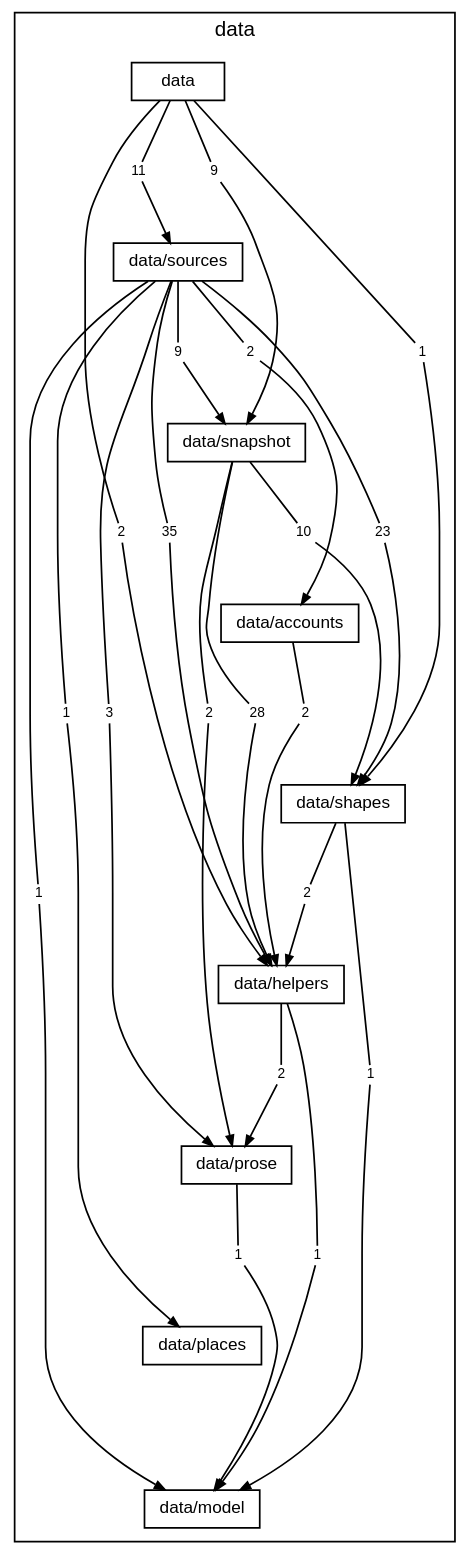
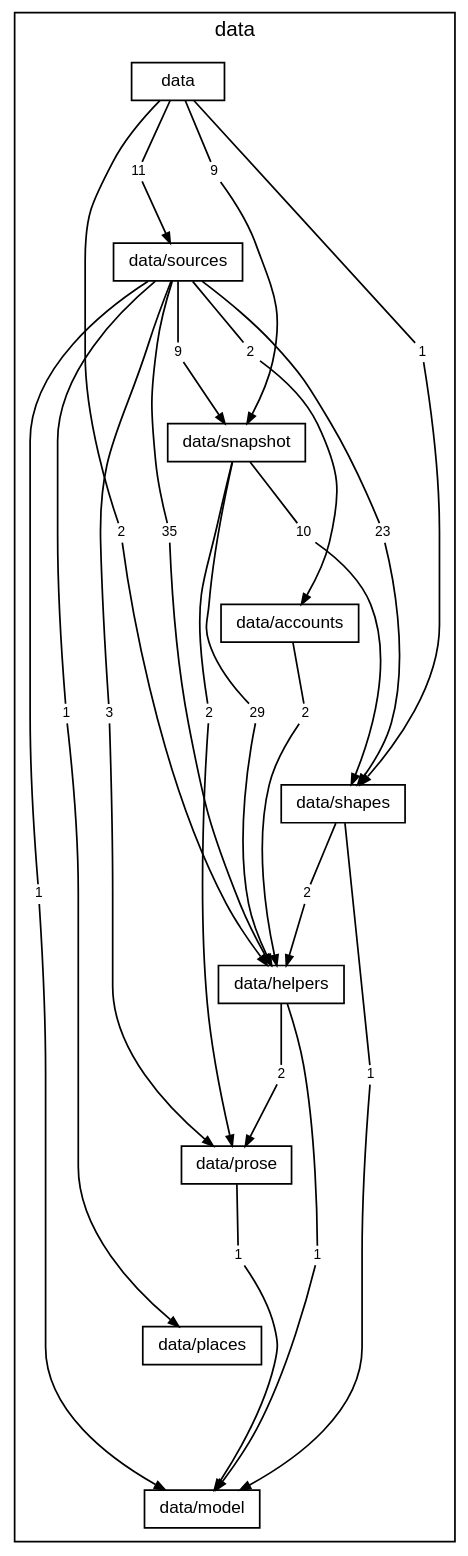
Before and after one commit to TheAxeC/oculus: the diagram in docs/diagrams/layer-data.dot, drawn with Graphviz. The commit also changed 144 other files, not shown here.

```diff
--- a/docs/diagrams/layer-data.dot
+++ b/docs/diagrams/layer-data.dot
@@ -1,85 +1,85 @@
 digraph layer_data {
     graph [bgcolor="transparent", rankdir=TB, newrank=true, mclimit=4, fontname="Helvetica,Arial,sans-serif", fontsize=12, nodesep=0.2, ranksep=0.5];
     node [shape=box, color="black", fontcolor="black", fontname="Helvetica,Arial,sans-serif", fontsize=10, height=0.3, margin="0.12,0.04"];
     edge [color="black", fontcolor="black", fontname="Helvetica,Arial,sans-serif", fontsize=8, arrowsize=0.6];
     subgraph "cluster_data" {
         label="data"; style=solid;
         "folder data" [label="data"];
         "folder data/sources" [label="data/sources"];
         "folder data/snapshot" [label="data/snapshot"];
         "folder data/accounts" [label="data/accounts"];
         "folder data/shapes" [label="data/shapes"];
         "folder data/helpers" [label="data/helpers"];
         "folder data/prose" [label="data/prose"];
         "folder data/places" [label="data/places"];
         "folder data/model" [label="data/model"];
         "folder data to folder data/helpers" [label="2", shape=box, color="transparent", fontsize=8, width=0, height=0, margin="0.04,0.02"];
         "folder data to folder data/shapes" [label="1", shape=box, color="transparent", fontsize=8, width=0, height=0, margin="0.04,0.02"];
         "folder data to folder data/snapshot" [label="9", shape=box, color="transparent", fontsize=8, width=0, height=0, margin="0.04,0.02"];
         "folder data to folder data/sources" [label="11", shape=box, color="transparent", fontsize=8, width=0, height=0, margin="0.04,0.02"];
         "folder data/sources to folder data/accounts" [label="2", shape=box, color="transparent", fontsize=8, width=0, height=0, margin="0.04,0.02"];
         "folder data/sources to folder data/helpers" [label="35", shape=box, color="transparent", fontsize=8, width=0, height=0, margin="0.04,0.02"];
         "folder data/sources to folder data/model" [label="1", shape=box, color="transparent", fontsize=8, width=0, height=0, margin="0.04,0.02"];
         "folder data/sources to folder data/places" [label="1", shape=box, color="transparent", fontsize=8, width=0, height=0, margin="0.04,0.02"];
         "folder data/sources to folder data/prose" [label="3", shape=box, color="transparent", fontsize=8, width=0, height=0, margin="0.04,0.02"];
         "folder data/sources to folder data/shapes" [label="23", shape=box, color="transparent", fontsize=8, width=0, height=0, margin="0.04,0.02"];
         "folder data/sources to folder data/snapshot" [label="9", shape=box, color="transparent", fontsize=8, width=0, height=0, margin="0.04,0.02"];
-        "folder data/snapshot to folder data/helpers" [label="28", shape=box, color="transparent", fontsize=8, width=0, height=0, margin="0.04,0.02"];
+        "folder data/snapshot to folder data/helpers" [label="29", shape=box, color="transparent", fontsize=8, width=0, height=0, margin="0.04,0.02"];
         "folder data/snapshot to folder data/prose" [label="2", shape=box, color="transparent", fontsize=8, width=0, height=0, margin="0.04,0.02"];
         "folder data/snapshot to folder data/shapes" [label="10", shape=box, color="transparent", fontsize=8, width=0, height=0, margin="0.04,0.02"];
         "folder data/accounts to folder data/helpers" [label="2", shape=box, color="transparent", fontsize=8, width=0, height=0, margin="0.04,0.02"];
         "folder data/shapes to folder data/helpers" [label="2", shape=box, color="transparent", fontsize=8, width=0, height=0, margin="0.04,0.02"];
         "folder data/shapes to folder data/model" [label="1", shape=box, color="transparent", fontsize=8, width=0, height=0, margin="0.04,0.02"];
         "folder data/helpers to folder data/model" [label="1", shape=box, color="transparent", fontsize=8, width=0, height=0, margin="0.04,0.02"];
         "folder data/helpers to folder data/prose" [label="2", shape=box, color="transparent", fontsize=8, width=0, height=0, margin="0.04,0.02"];
         "folder data/prose to folder data/model" [label="1", shape=box, color="transparent", fontsize=8, width=0, height=0, margin="0.04,0.02"];
     }
     "folder data" -> "folder data/sources" [style=invis, weight=10, minlen=2];
     "folder data/sources" -> "folder data/snapshot" [style=invis, weight=10, minlen=2];
     "folder data/snapshot" -> "folder data/accounts" [style=invis, weight=10, minlen=2];
     "folder data/accounts" -> "folder data/shapes" [style=invis, weight=10, minlen=2];
     "folder data/shapes" -> "folder data/helpers" [style=invis, weight=10, minlen=2];
     "folder data/helpers" -> "folder data/prose" [style=invis, weight=10, minlen=2];
     "folder data/prose" -> "folder data/places" [style=invis, weight=10, minlen=2];
     "folder data/places" -> "folder data/model" [style=invis, weight=10, minlen=2];
     "folder data" -> "folder data to folder data/helpers" [arrowhead=none, minlen=5, weight=10];
     "folder data to folder data/helpers" -> "folder data/helpers" [];
     "folder data" -> "folder data to folder data/shapes" [arrowhead=none, minlen=3, weight=10];
     "folder data to folder data/shapes" -> "folder data/shapes" [];
     "folder data" -> "folder data to folder data/snapshot" [arrowhead=none, minlen=1, weight=10];
     "folder data to folder data/snapshot" -> "folder data/snapshot" [];
     "folder data" -> "folder data to folder data/sources" [arrowhead=none, minlen=1, weight=10];
     "folder data to folder data/sources" -> "folder data/sources" [];
     "folder data/sources" -> "folder data/sources to folder data/accounts" [arrowhead=none, minlen=1, weight=10];
     "folder data/sources to folder data/accounts" -> "folder data/accounts" [];
     "folder data/sources" -> "folder data/sources to folder data/helpers" [arrowhead=none, minlen=3, weight=10];
     "folder data/sources to folder data/helpers" -> "folder data/helpers" [];
     "folder data/sources" -> "folder data/sources to folder data/model" [arrowhead=none, minlen=7, weight=10];
     "folder data/sources to folder data/model" -> "folder data/model" [];
     "folder data/sources" -> "folder data/sources to folder data/places" [arrowhead=none, minlen=5, weight=10];
     "folder data/sources to folder data/places" -> "folder data/places" [];
     "folder data/sources" -> "folder data/sources to folder data/prose" [arrowhead=none, minlen=5, weight=10];
     "folder data/sources to folder data/prose" -> "folder data/prose" [];
     "folder data/sources" -> "folder data/sources to folder data/shapes" [arrowhead=none, minlen=3, weight=10];
     "folder data/sources to folder data/shapes" -> "folder data/shapes" [];
     "folder data/sources" -> "folder data/sources to folder data/snapshot" [arrowhead=none, minlen=1, weight=10];
     "folder data/sources to folder data/snapshot" -> "folder data/snapshot" [];
     "folder data/snapshot" -> "folder data/snapshot to folder data/helpers" [arrowhead=none, minlen=3, weight=10];
     "folder data/snapshot to folder data/helpers" -> "folder data/helpers" [];
     "folder data/snapshot" -> "folder data/snapshot to folder data/prose" [arrowhead=none, minlen=3, weight=10];
     "folder data/snapshot to folder data/prose" -> "folder data/prose" [];
     "folder data/snapshot" -> "folder data/snapshot to folder data/shapes" [arrowhead=none, minlen=1, weight=10];
     "folder data/snapshot to folder data/shapes" -> "folder data/shapes" [];
     "folder data/accounts" -> "folder data/accounts to folder data/helpers" [arrowhead=none, minlen=1, weight=10];
     "folder data/accounts to folder data/helpers" -> "folder data/helpers" [];
     "folder data/shapes" -> "folder data/shapes to folder data/helpers" [arrowhead=none, minlen=1, weight=10];
     "folder data/shapes to folder data/helpers" -> "folder data/helpers" [];
     "folder data/shapes" -> "folder data/shapes to folder data/model" [arrowhead=none, minlen=3, weight=10];
     "folder data/shapes to folder data/model" -> "folder data/model" [];
     "folder data/helpers" -> "folder data/helpers to folder data/model" [arrowhead=none, minlen=3, weight=10];
     "folder data/helpers to folder data/model" -> "folder data/model" [];
     "folder data/helpers" -> "folder data/helpers to folder data/prose" [arrowhead=none, minlen=1, weight=10];
     "folder data/helpers to folder data/prose" -> "folder data/prose" [];
     "folder data/prose" -> "folder data/prose to folder data/model" [arrowhead=none, minlen=1, weight=10];
     "folder data/prose to folder data/model" -> "folder data/model" [];
 }
```
